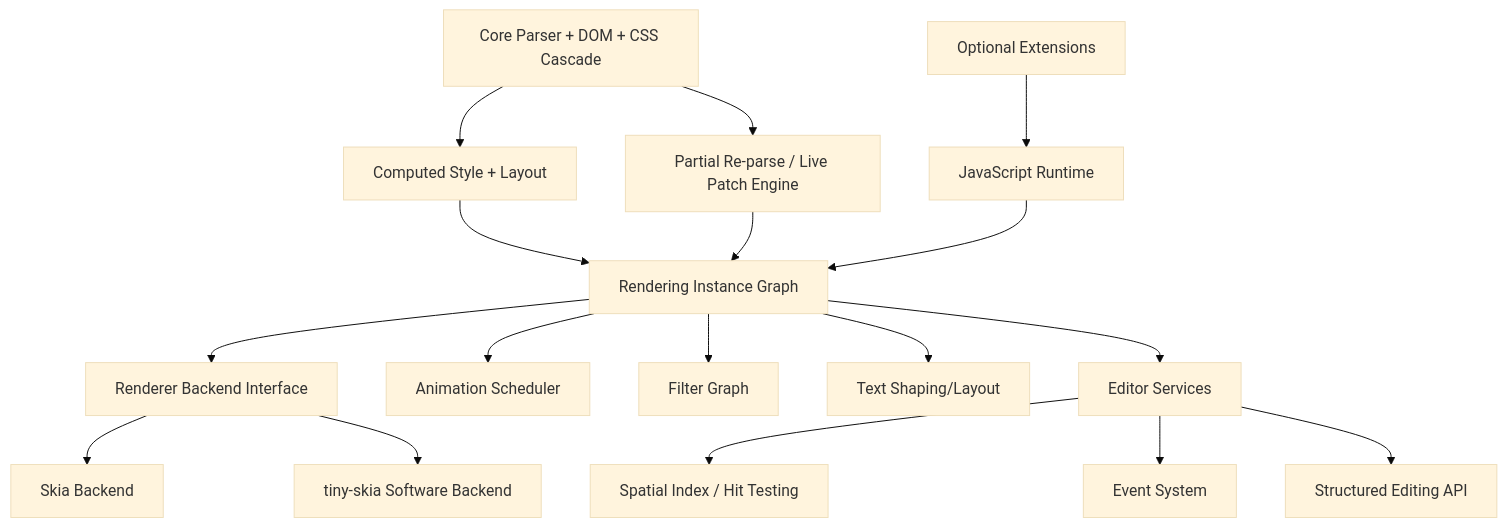
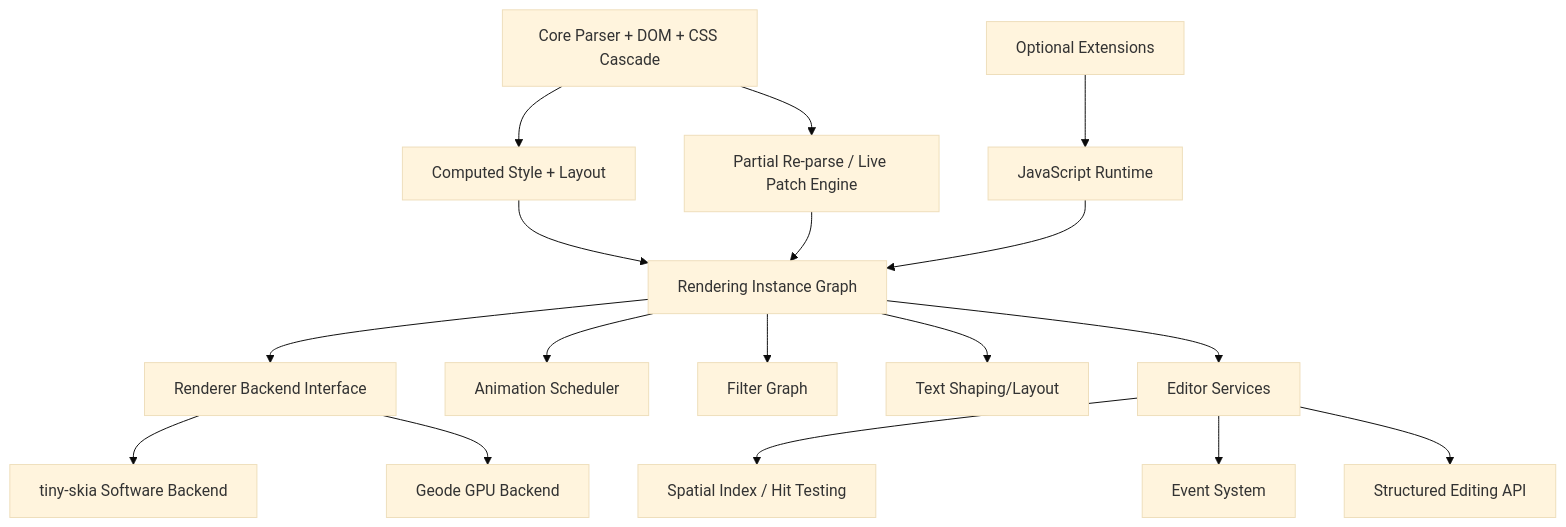
Before and after one commit to jwmcglynn/donner: the diagram in docs/ProjectRoadmap.md, drawn with Mermaid (base theme). The commit also changed other lines of this file and 91 other files, not shown here.

````diff
--- a/docs/ProjectRoadmap.md
+++ b/docs/ProjectRoadmap.md
@@ -247,23 +247,23 @@
 ```mermaid
 flowchart TD
   A[Core Parser + DOM + CSS Cascade] --> B[Computed Style + Layout]
   B --> C[Rendering Instance Graph]
   C --> D[Renderer Backend Interface]
-  D --> E1[Skia Backend]
-  D --> E2[tiny-skia Software Backend]
+  D --> E1[tiny-skia Software Backend]
+  D --> E2[Geode GPU Backend]
 
   A --> F[Partial Re-parse / Live Patch Engine]
   F --> C
 
   C --> G[Animation Scheduler]
   C --> H[Filter Graph]
   C --> I[Text Shaping/Layout]
 
   C --> J[Editor Services]
   J --> J1[Spatial Index / Hit Testing]
   J --> J2[Event System]
   J --> J3[Structured Editing API]
 
   K[Optional Extensions] --> K1[JavaScript Runtime]
   K1 --> C
 ```
````
